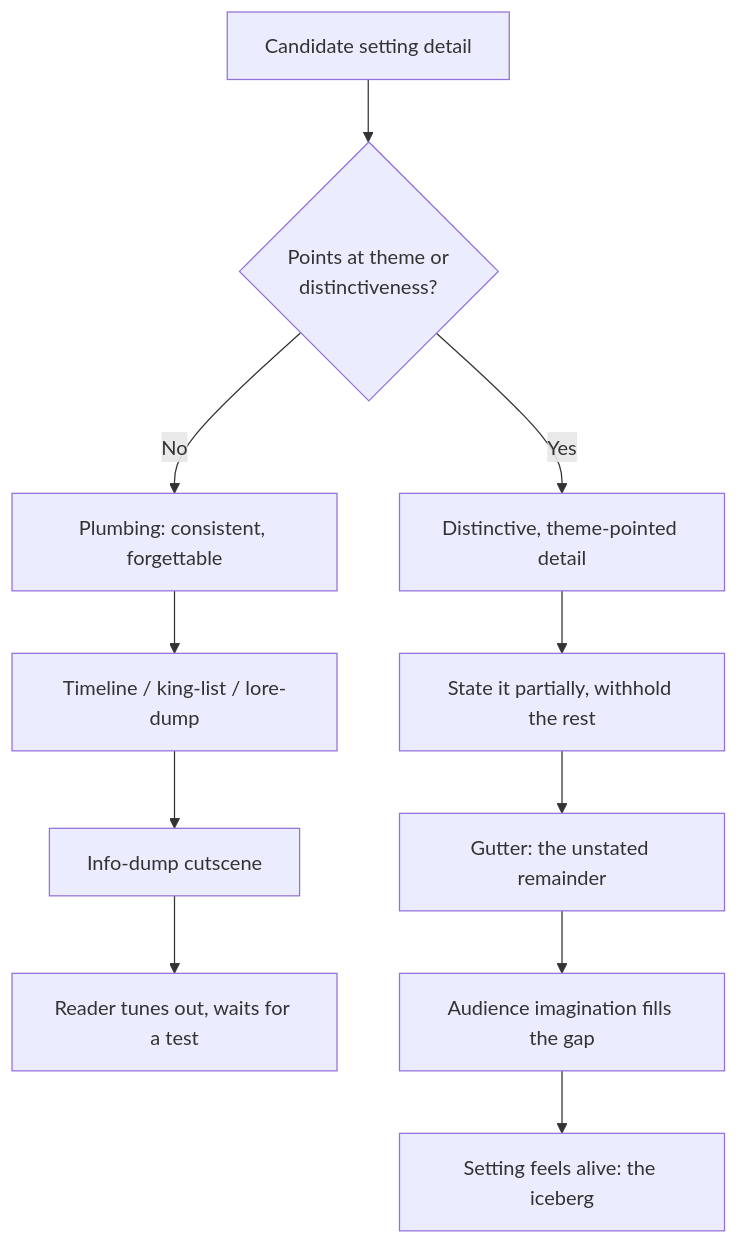
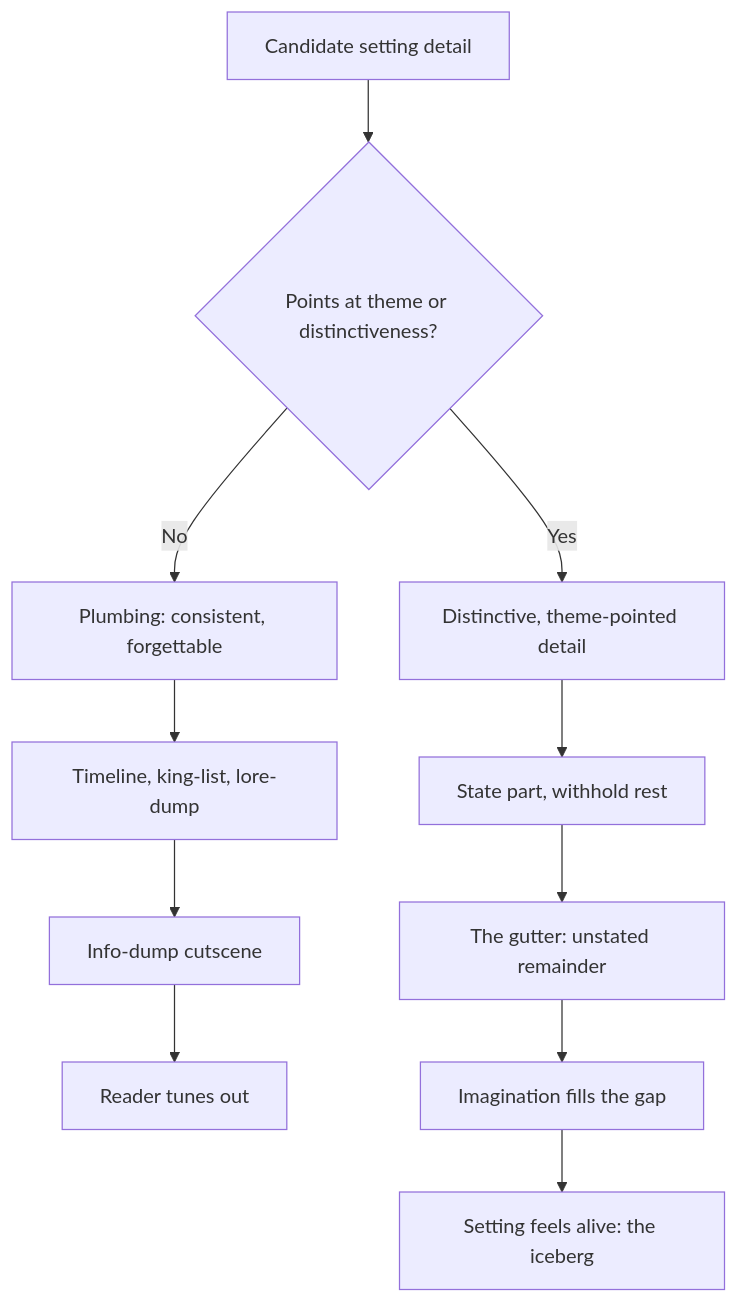
Before and after one commit to leechseed/_setsunadev: the second of 3 diagrams in _0.1_BVX_LEARN/KNOWLEDGE_AREAS/BVX.0349.md, drawn with Mermaid. The commit also changed other lines of this file and 5 other files, not shown here.

````diff
--- a/_0.1_BVX_LEARN/KNOWLEDGE_AREAS/BVX.0349.md
+++ b/_0.1_BVX_LEARN/KNOWLEDGE_AREAS/BVX.0349.md
@@ -104,13 +104,13 @@
 ```mermaid
 flowchart TD
-    A[Candidate setting detail] --> B{Points at theme or\ndistinctiveness?}
-    B -- No --> C[Plumbing: consistent, forgettable]
-    C --> D[Timeline / king-list / lore-dump]
+    A[Candidate setting detail] --> B{"Points at theme or distinctiveness?"}
+    B -->|No| C["Plumbing: consistent, forgettable"]
+    C --> D["Timeline, king-list, lore-dump"]
     D --> E[Info-dump cutscene]
-    E --> F[Reader tunes out, waits for a test]
-    B -- Yes --> G[Distinctive, theme-pointed detail]
-    G --> H[State it partially, withhold the rest]
-    H --> I["Gutter": the unstated remainder]
-    I --> J[Audience imagination fills the gap]
-    J --> K[Setting feels alive: the iceberg]
+    E --> F[Reader tunes out]
+    B -->|Yes| G[Distinctive, theme-pointed detail]
+    G --> H[State part, withhold rest]
+    H --> I["The gutter: unstated remainder"]
+    I --> J[Imagination fills the gap]
+    J --> K["Setting feels alive: the iceberg"]
 ```
````
